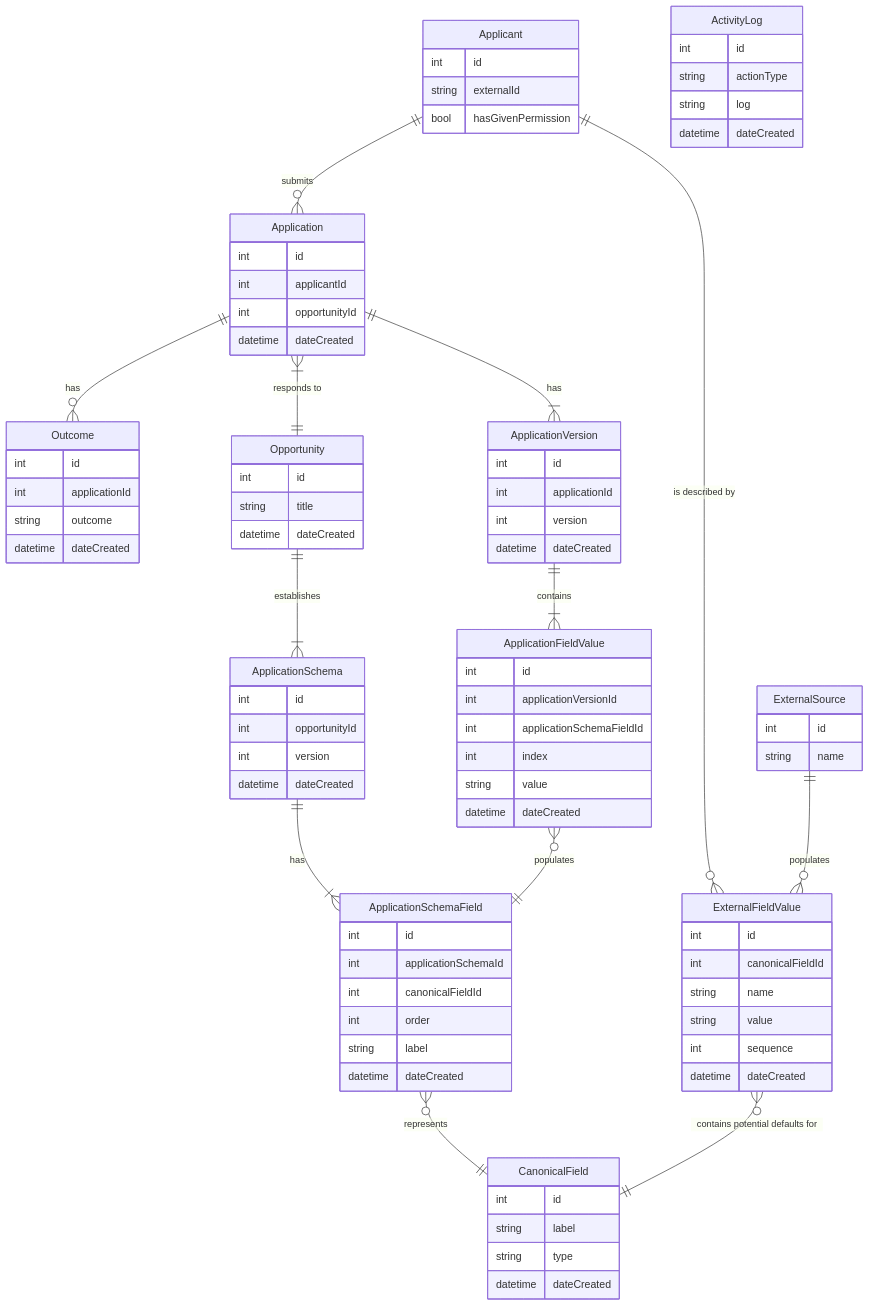
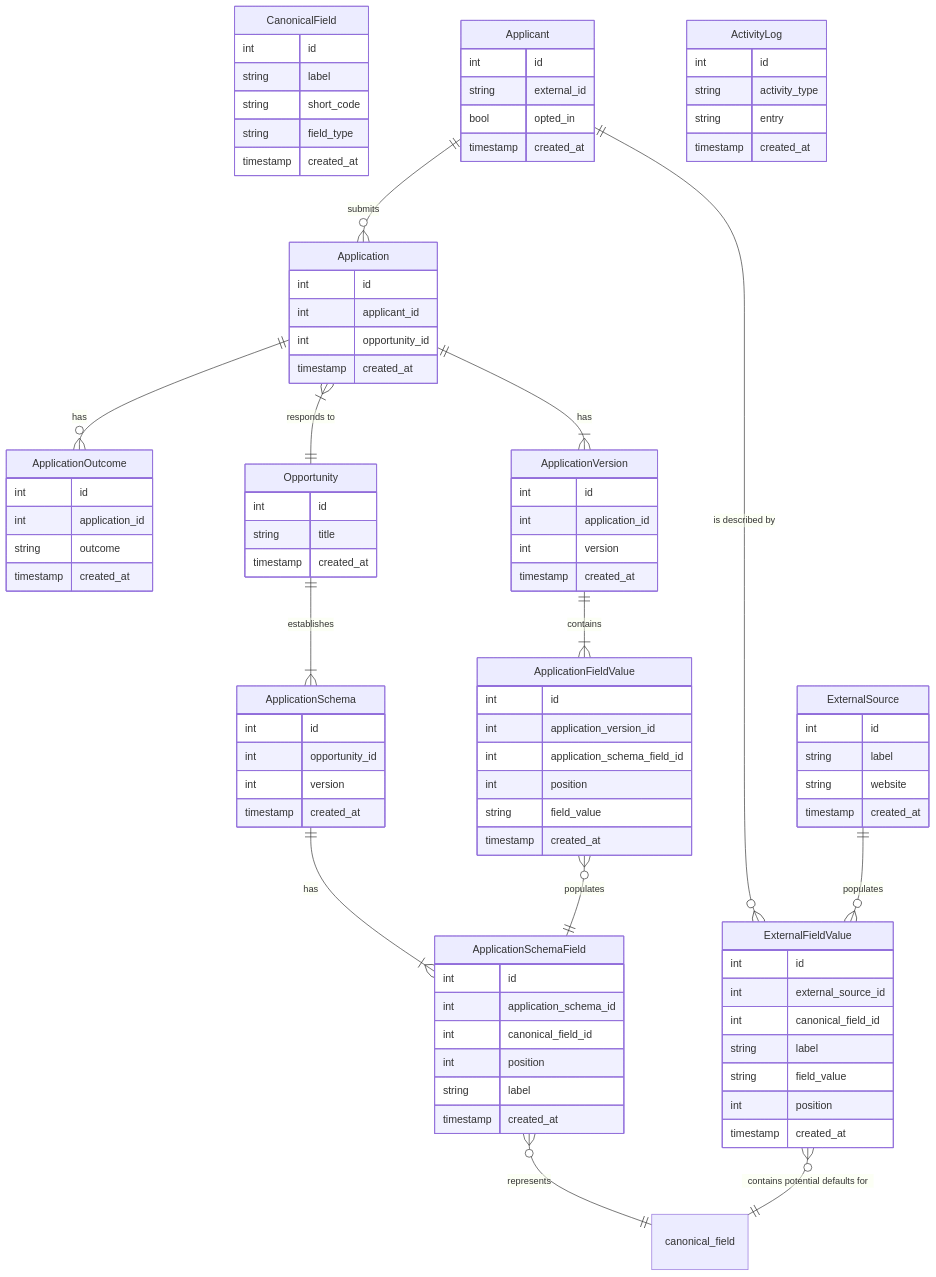
The first of 4 diagrams in docs/ENTITY_RELATIONSHIP_DIAGRAM.md (PhilanthropyDataCommons/service), drawn with Mermaid before and after one commit. The commit also changed 20 other files, not shown here.

````diff
--- a/docs/ENTITY_RELATIONSHIP_DIAGRAM.md
+++ b/docs/ENTITY_RELATIONSHIP_DIAGRAM.md
@@ -6,88 +6,93 @@
   CanonicalField {
     int id
     string label
-    string type
-    datetime dateCreated
+    string short_code
+    string field_type
+    timestamp created_at
   }
   Applicant {
     int id
-    string externalId 
-    bool hasGivenPermission
+    string external_id
+    bool opted_in
+    timestamp created_at
   }
   ExternalSource {
     int id
-    string name
+    string label
+    string website
+    timestamp created_at
   }
   Application {
     int id
-    int applicantId
-    int opportunityId
-    datetime dateCreated
+    int applicant_id
+    int opportunity_id
+    timestamp created_at
   }
-  Outcome {
+  ApplicationOutcome {
     int id
-    int applicationId
+    int application_id
     string outcome
-    datetime dateCreated
+    timestamp created_at
   }
   Opportunity {
     int id
     string title
-    datetime dateCreated
+    timestamp created_at
   }
-  ApplicationSchema {
+  ApplicationSchema{
     int id
-    int opportunityId
+    int opportunity_id
     int version
-    datetime dateCreated
+    timestamp created_at
   }
-  ApplicationSchemaField {
+  ApplicationSchemaField{
     int id
-    int applicationSchemaId
-    int canonicalFieldId
-    int order
+    int application_schema_id
+    int canonical_field_id
+    int position
     string label
-    datetime dateCreated
+    timestamp created_at
   }
   ExternalFieldValue {
     int id
-    int canonicalFieldId
-    string name
-    string value
-    int sequence
-    datetime dateCreated
+    int external_source_id
+    int canonical_field_id
+    string label
+    string field_value
+    int position
+    timestamp created_at
   }
   ApplicationVersion {
     int id
-    int applicationId
+    int application_id
     int version
-    datetime dateCreated
+    timestamp created_at
   }
   ApplicationFieldValue {
     int id
-    int applicationVersionId
-    int applicationSchemaFieldId
-    int index
-    string value
-    datetime dateCreated
+    int application_version_id
+    int application_schema_field_id
+    int position
+    string field_value
+    timestamp created_at
   }
   ActivityLog {
     int id
-    string actionType
-    string log
-    datetime dateCreated
+    string activity_type
+    string entry
+    timestamp created_at
   }
-  
+
   Applicant ||--o{ Application : submits
   Application }|--|| Opportunity : "responds to"
-  Opportunity ||--|{ ApplicationSchema : establishes
-  Application ||--o{ Outcome : "has"
-  ApplicationSchema ||--|{ ApplicationSchemaField : has
-  ApplicationSchemaField }o--|| CanonicalField : represents
+  Opportunity ||--|{ ApplicationSchema: establishes
+  Application ||--o{ ApplicationOutcome : "has"
+  ApplicationSchema||--|{ ApplicationSchemaField: has
+  ApplicationSchemaField}o--|| canonical_field : represents
   Application ||--|{ ApplicationVersion : has
   ApplicationVersion ||--|{ ApplicationFieldValue : contains
-  ApplicationFieldValue }o--|| ApplicationSchemaField : populates
+  ApplicationFieldValue }o--|| ApplicationSchemaField: populates
   Applicant ||--o{ ExternalFieldValue : "is described by"
-  ExternalFieldValue }o--|| CanonicalField : "contains potential defaults for"
+  ExternalFieldValue }o--|| canonical_field : "contains potential defaults for"
   ExternalSource ||--o{ ExternalFieldValue : "populates"
 ```
````
